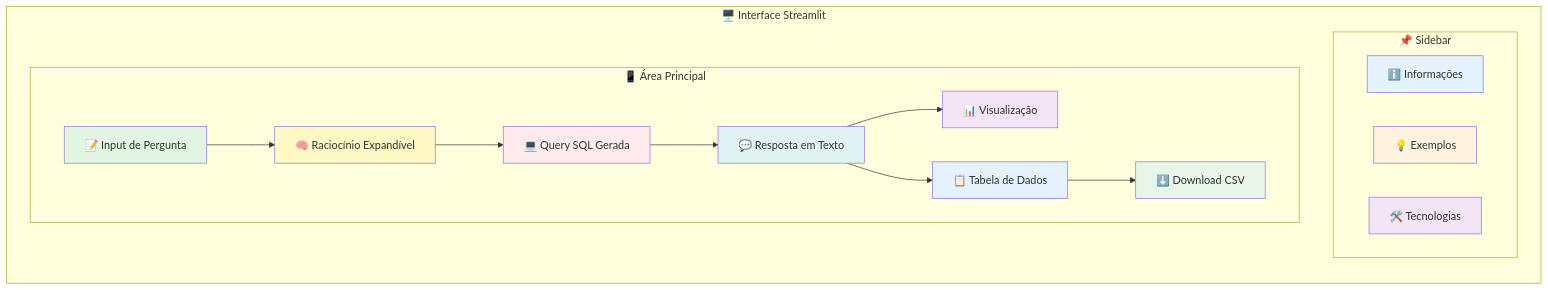
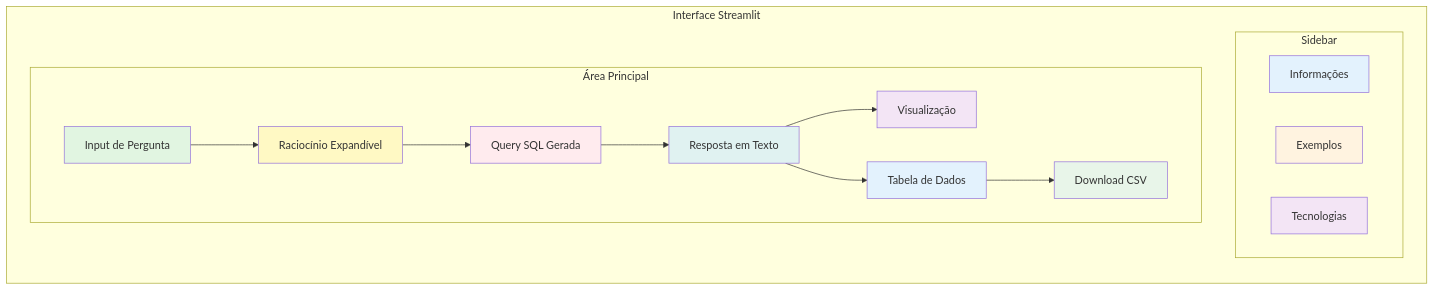
Before and after one commit to Nik0o0lps/DataDialogue: the sixth of 11 diagrams in ARCHITECTURE.md, drawn with Mermaid. The commit also changed other lines of this file and 1 other file, not shown here.

First line of the commit message:
refactor: Remove todos os emojis dos diagramas e documentação

````diff
--- a/ARCHITECTURE.md
+++ b/ARCHITECTURE.md
@@ -234,38 +234,38 @@
 ```mermaid
 graph LR
-    subgraph "🖥️ Interface Streamlit"
-        subgraph "📌 Sidebar"
-            S1[ℹ️ Informações]
-            S2[💡 Exemplos]
-            S3[🛠️ Tecnologias]
+    subgraph "Interface Streamlit"
+        subgraph "Sidebar"
+            S1[Informações]
+            S2[Exemplos]
+            S3[Tecnologias]
         end
         
-        subgraph "📱 Área Principal"
-            M1[📝 Input de Pergunta]
-            M2[🧠 Raciocínio Expandível]
-            M3[💻 Query SQL Gerada]
-            M4[💬 Resposta em Texto]
-            M5[📊 Visualização]
-            M6[📋 Tabela de Dados]
-            M7[⬇️ Download CSV]
+        subgraph "Área Principal"
+            M1[Input de Pergunta]
+            M2[Raciocínio Expandível]
+            M3[Query SQL Gerada]
+            M4[Resposta em Texto]
+            M5[Visualização]
+            M6[Tabela de Dados]
+            M7[Download CSV]
             
             M1 --> M2
             M2 --> M3
             M3 --> M4
             M4 --> M5
             M4 --> M6
             M6 --> M7
         end
     end
     
     style S1 fill:#e3f2fd
     style S2 fill:#fff3e0
     style S3 fill:#f3e5f5
     style M1 fill:#e1f5e1
     style M2 fill:#fff9c4
     style M3 fill:#ffebee
     style M4 fill:#e0f2f1
     style M5 fill:#f3e5f5
     style M6 fill:#e3f2fd
     style M7 fill:#e8f5e9
 ```
````
